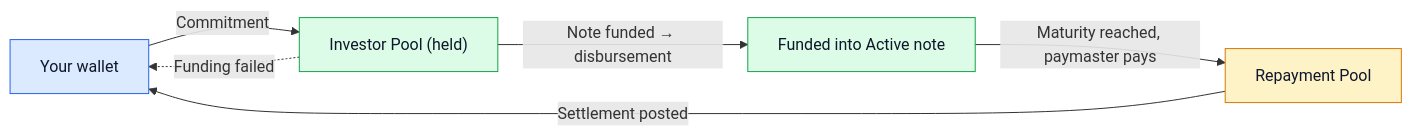
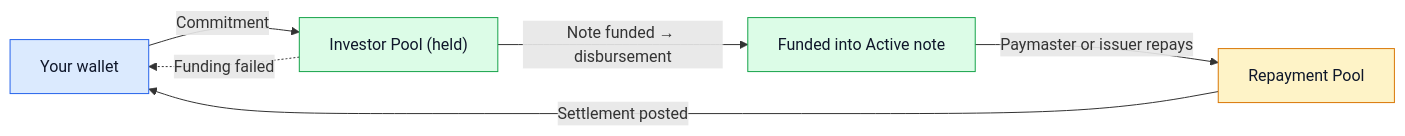
The diagram in packages/help-content/markdown/investor-marketplace-and-repayment.md (Malcan-Technologies/shoraka), drawn with Mermaid before and after one commit. The commit also changed other lines of this file and 382 other files, not shown here.

````diff
--- a/packages/help-content/markdown/investor-marketplace-and-repayment.md
+++ b/packages/help-content/markdown/investor-marketplace-and-repayment.md
@@ -86,16 +130,16 @@
 ```mermaid
 flowchart LR
   wallet["Your wallet"] -->|"Commitment"| pool1["Investor Pool (held)"]
   pool1 -->|"Note funded → disbursement"| pool2["Funded into Active note"]
-  pool2 -->|"Maturity reached, paymaster pays"| repay["Repayment Pool"]
+  pool2 -->|"Paymaster or issuer repays"| repay["Repayment Pool"]
   repay -->|"Settlement posted"| wallet
   pool1 -.->|"Funding failed"| wallet
 
   class wallet wallet
   class pool1,pool2 active
   class repay action
 
   classDef wallet fill:#dbeafe,stroke:#2563eb,color:#0f172a
   classDef active fill:#dcfce7,stroke:#16a34a,color:#0f172a
   classDef action fill:#fef3c7,stroke:#d97706,color:#0f172a
 ```
````
